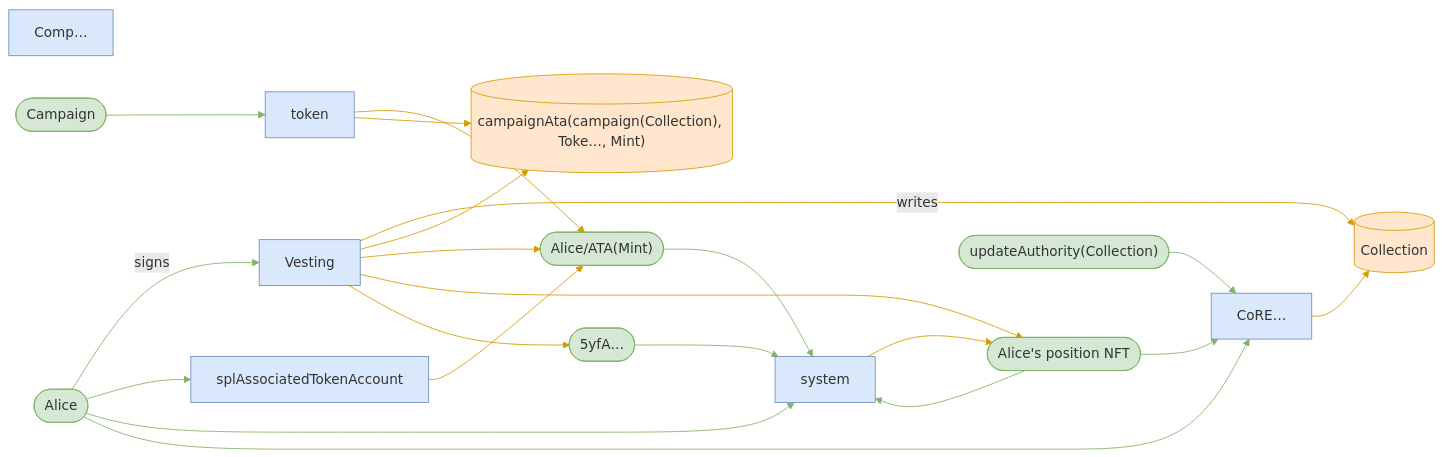
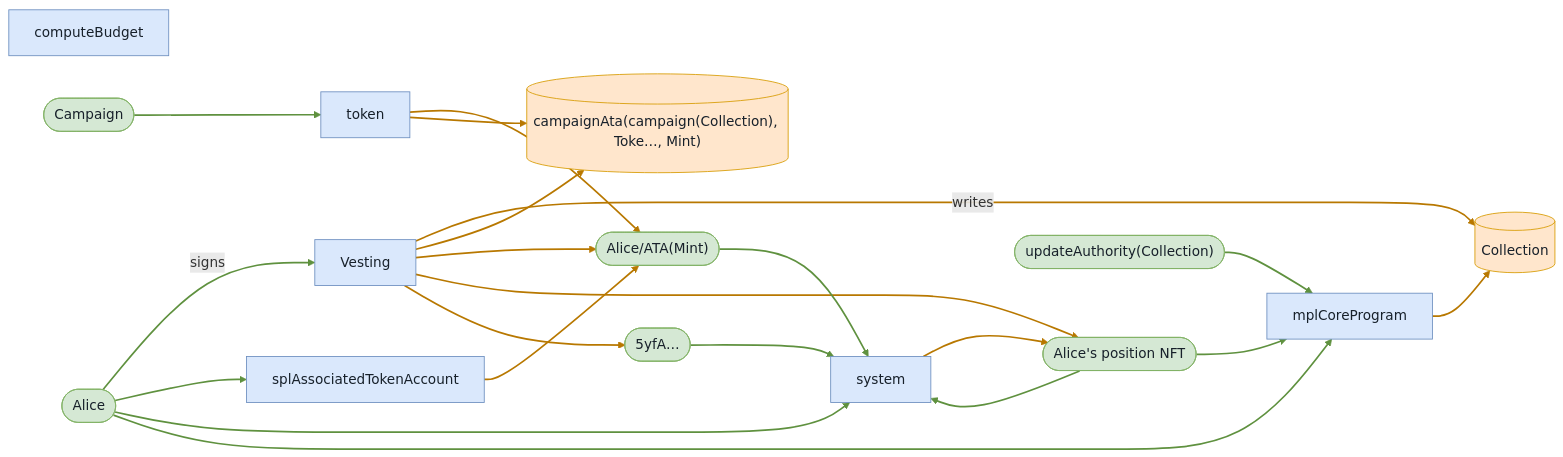
One commit to cds-turbin3/vesting-position changed the fifth of 12 diagrams in babelfish-tests/test-report/vested_tokens_are_forfeited_past_the_grace_window.md. Above: the diagram before and after it, drawn with Mermaid. The commit also changed other lines of this file and 106 other files, not shown here.

````diff
--- a/babelfish-tests/test-report/vested_tokens_are_forfeited_past_the_grace_window.md
+++ b/babelfish-tests/test-report/vested_tokens_are_forfeited_past_the_grace_window.md
@@ -294,42 +292,42 @@
 ```mermaid
 flowchart LR
-    Comp["Comp…"]:::program
+    computeBudget["computeBudget"]:::program
     Vesting["Vesting"]:::program
     Alice(["Alice"]):::signer
     Collection[("Collection")]:::state
     campaignAtacampaignCollectionTokeMint[("campaignAta(campaign(Collection), Toke…, Mint)")]:::state
     AliceATAMint(["Alice/ATA(Mint)"]):::signer
     AlicespositionNFT(["Alice's position NFT"]):::signer
     n5yfA(["5yfA…"]):::signer
     splAssociatedTokenAccount["splAssociatedTokenAccount"]:::program
     token["token"]:::program
     system["system"]:::program
-    CoRE["CoRE…"]:::program
+    mplCoreProgram["mplCoreProgram"]:::program
     updateAuthorityCollection(["updateAuthority(Collection)"]):::signer
     Campaign(["Campaign"]):::signer
     Alice -->|signs| Vesting
     Vesting -->|writes| Collection
     Vesting --> campaignAtacampaignCollectionTokeMint
     Vesting --> AliceATAMint
     Vesting --> AlicespositionNFT
     Vesting --> n5yfA
     Alice --> splAssociatedTokenAccount
     splAssociatedTokenAccount --> AliceATAMint
     Alice --> system
     AliceATAMint --> system
     token --> AliceATAMint
     n5yfA --> system
-    AlicespositionNFT --> CoRE
-    CoRE --> Collection
-    updateAuthorityCollection --> CoRE
-    Alice --> CoRE
+    AlicespositionNFT --> mplCoreProgram
+    mplCoreProgram --> Collection
+    updateAuthorityCollection --> mplCoreProgram
+    Alice --> mplCoreProgram
     AlicespositionNFT --> system
     system --> AlicespositionNFT
     token --> campaignAtacampaignCollectionTokeMint
     Campaign --> token
-    classDef program fill:#dae8fc,stroke:#6c8ebf;
-    classDef signer fill:#d5e8d4,stroke:#82b366;
-    classDef state fill:#ffe6cc,stroke:#d79b00;
-    linkStyle 0,6,8,9,11,12,14,15,16,19 stroke:#82b366
-    linkStyle 1,2,3,4,5,7,10,13,17,18 stroke:#d79b00
+    classDef program fill:#dae8fc,stroke:#6c8ebf,color:#17202a;
+    classDef signer fill:#d5e8d4,stroke:#82b366,color:#17202a;
+    classDef state fill:#ffe6cc,stroke:#d79b00,color:#17202a;
+    linkStyle 0,6,8,9,11,12,14,15,16,19 stroke:#5f913f,stroke-width:2px
+    linkStyle 1,2,3,4,5,7,10,13,17,18 stroke:#b87800,stroke-width:2px
 ```
````
